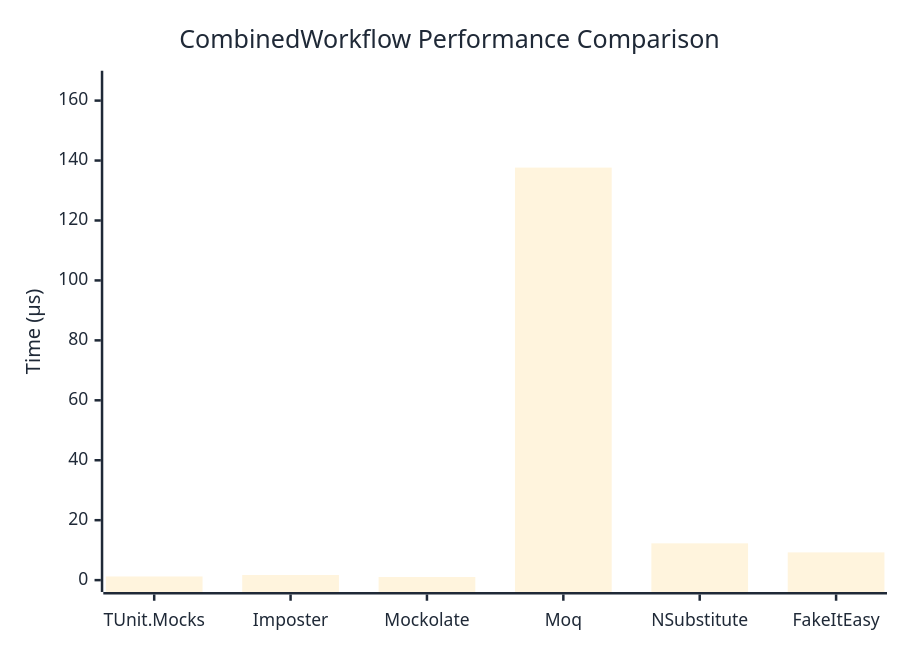
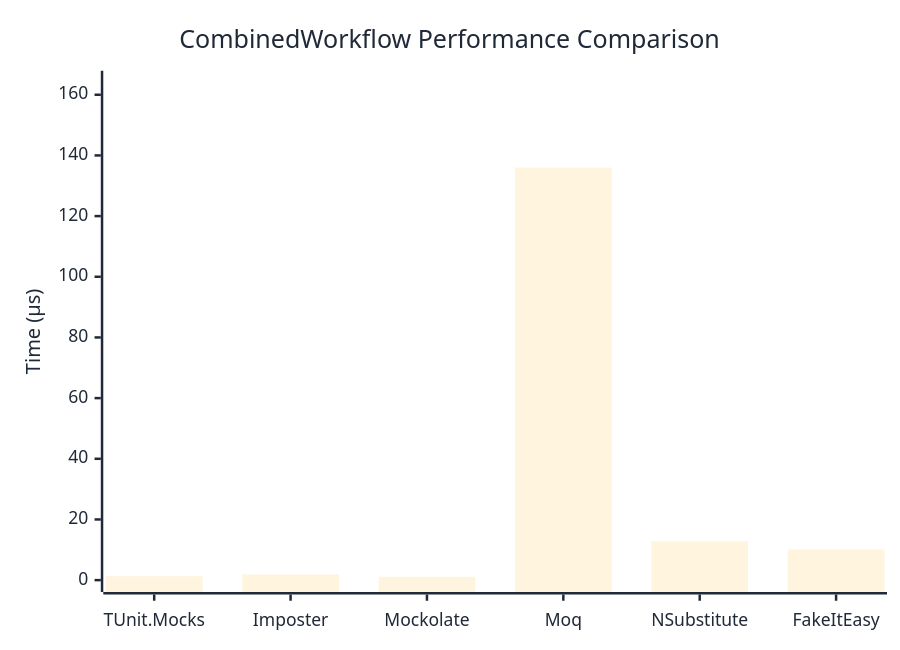
One commit to thomhurst/TUnit changed the diagram in docs/docs/benchmarks/mocks/CombinedWorkflow.md. Above: the diagram before and after it, drawn with Mermaid. The commit also changed other lines of this file and 14 other files, not shown here.

````diff
--- a/docs/docs/benchmarks/mocks/CombinedWorkflow.md
+++ b/docs/docs/benchmarks/mocks/CombinedWorkflow.md
@@ -30,27 +30,27 @@
 ```mermaid
 %%{init: {
   'theme':'base',
   'themeVariables': {
     'primaryColor': '#2563eb',
     'primaryTextColor': '#1f2937',
     'primaryBorderColor': '#1e40af',
     'lineColor': '#6b7280',
     'secondaryColor': '#7c3aed',
     'tertiaryColor': '#dc2626',
     'background': '#ffffff',
     'pie1': '#2563eb',
     'pie2': '#7c3aed',
     'pie3': '#dc2626',
     'pie4': '#f59e0b',
     'pie5': '#10b981',
     'pie6': '#06b6d4',
     'pie7': '#ec4899',
     'pie8': '#6366f1'
   }
 }}%%
 xychart-beta
   title "CombinedWorkflow Performance Comparison"
   x-axis ["TUnit.Mocks", "Imposter", "Mockolate", "Moq", "NSubstitute", "FakeItEasy"]
-  y-axis "Time (μs)" 0 --> 166
-  bar [1.221, 1.711, 1.045, 137.647, 12.273, 9.255]
+  y-axis "Time (μs)" 0 --> 164
+  bar [1.281, 1.859, 1.11, 135.982, 12.806, 10.095]
 ```
````
